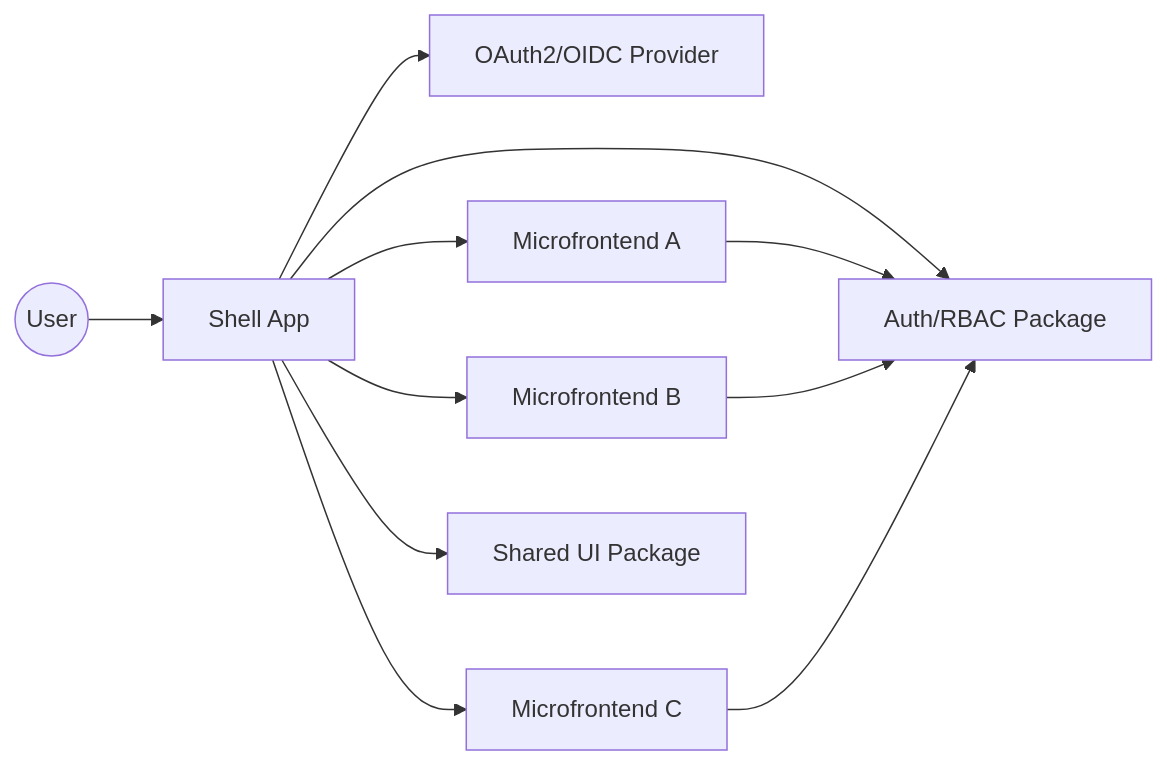
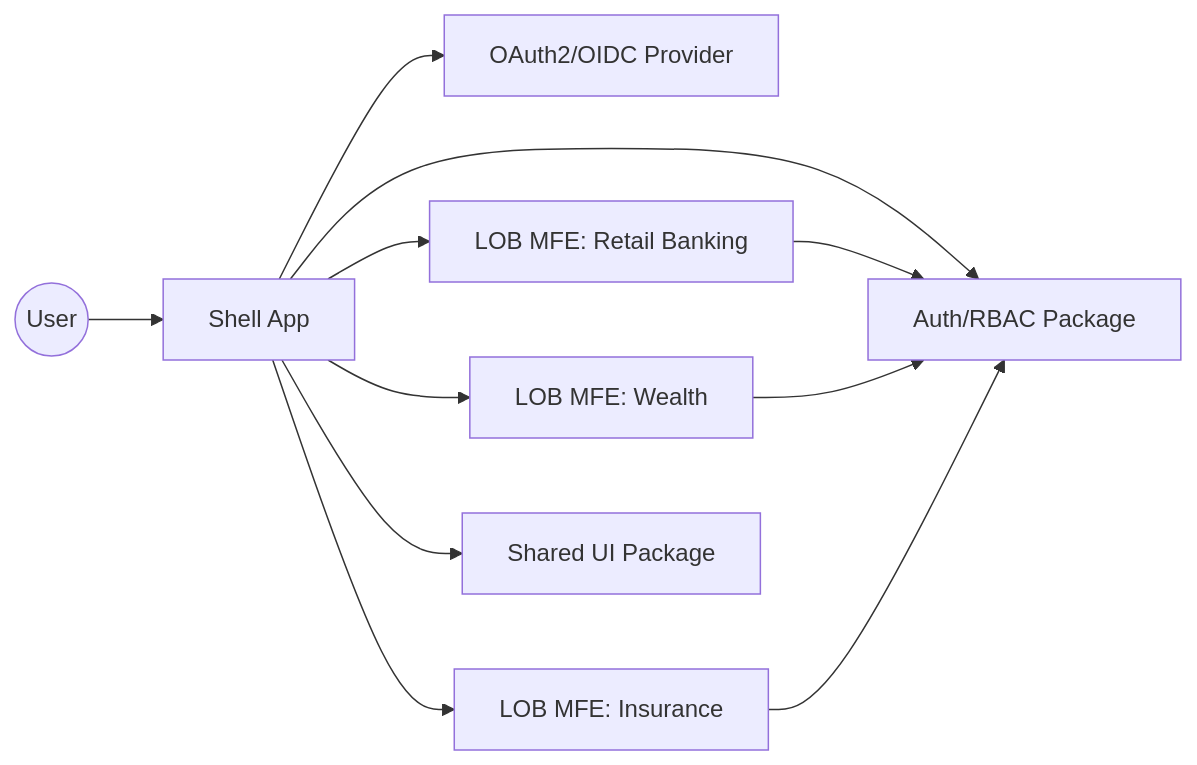
The first of 2 diagrams in docs/architecture.md (roberjo/microfrontends-setup), drawn with Mermaid before and after one commit. The commit also changed other lines of this file and 3 other files, not shown here.

Commit message:
updates for project architecture

````diff
--- a/docs/architecture.md
+++ b/docs/architecture.md
@@ -16,13 +18,13 @@
 ```mermaid
 flowchart LR
   User((User)) --> Shell[Shell App]
   Shell --> IdP[OAuth2/OIDC Provider]
-  Shell --> MFE1[Microfrontend A]
-  Shell --> MFE2[Microfrontend B]
-  Shell --> MFE3[Microfrontend C]
+  Shell --> MFE1[LOB MFE: Retail Banking]
+  Shell --> MFE2[LOB MFE: Wealth]
+  Shell --> MFE3[LOB MFE: Insurance]
   Shell --> SharedUI[Shared UI Package]
   Shell --> AuthPkg[Auth/RBAC Package]
   MFE1 --> AuthPkg
   MFE2 --> AuthPkg
   MFE3 --> AuthPkg
 ```
````
